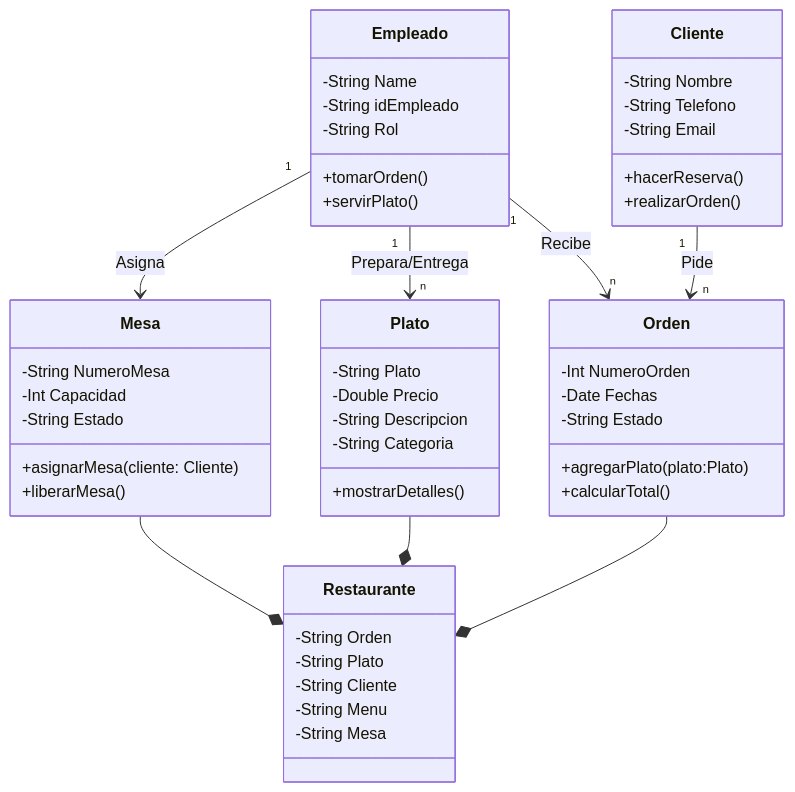
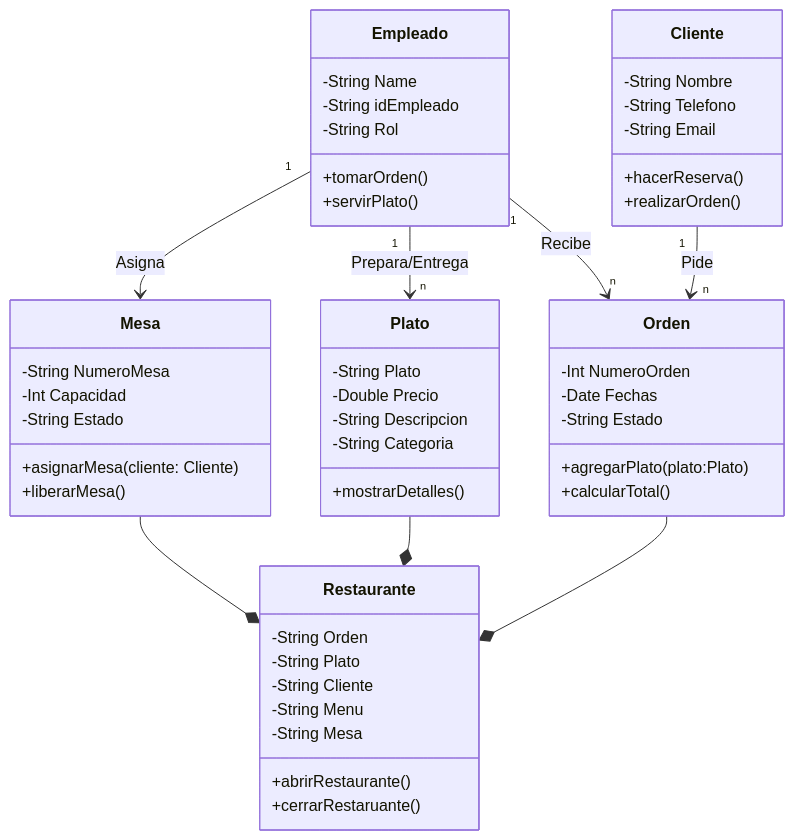
One commit to Nigonzalezf/Poo-Reto-2 changed the diagram in README.md. Above: the diagram before and after it, drawn with Mermaid.

````diff
--- a/README.md
+++ b/README.md
@@ -4,61 +4,64 @@
 ```mermaid
 classDiagram
     Empleado "1" --> "n" Orden: Recibe
     Cliente "1" --> "n" Orden: Pide
     Empleado "1" --> "n" Plato: Prepara/Entrega
     Empleado "1" --> Mesa: Asigna
     Mesa --* Restaurante
     Plato --* Restaurante
     Orden --* Restaurante
     class Restaurante {
         -String Orden
         -String Plato
         -String Cliente
         -String Menu
         -String Mesa
+
+        +abrirRestaurante()
+        +cerrarRestaruante()
     }
     class Orden {
         -Int NumeroOrden
         -Date Fechas
         -String Estado
 
         +agregarPlato(plato:Plato)
         +calcularTotal()
     }
 
     class Plato {
         -String Plato
         -Double Precio
         -String Descripcion
         -String Categoria 
 
         +mostrarDetalles()
     }
 
     class Cliente {
         -String Nombre
         -String Telefono
         -String Email
 
         +hacerReserva()
         +realizarOrden()
     }
 
     class Empleado {
         -String Name
         -String idEmpleado
         -String Rol 
 
         +tomarOrden()
         +servirPlato()
     }
 
     class Mesa {
         -String NumeroMesa
         -Int Capacidad
         -String Estado
 
         +asignarMesa(cliente: Cliente)
         +liberarMesa() 
     }
 ```
````
